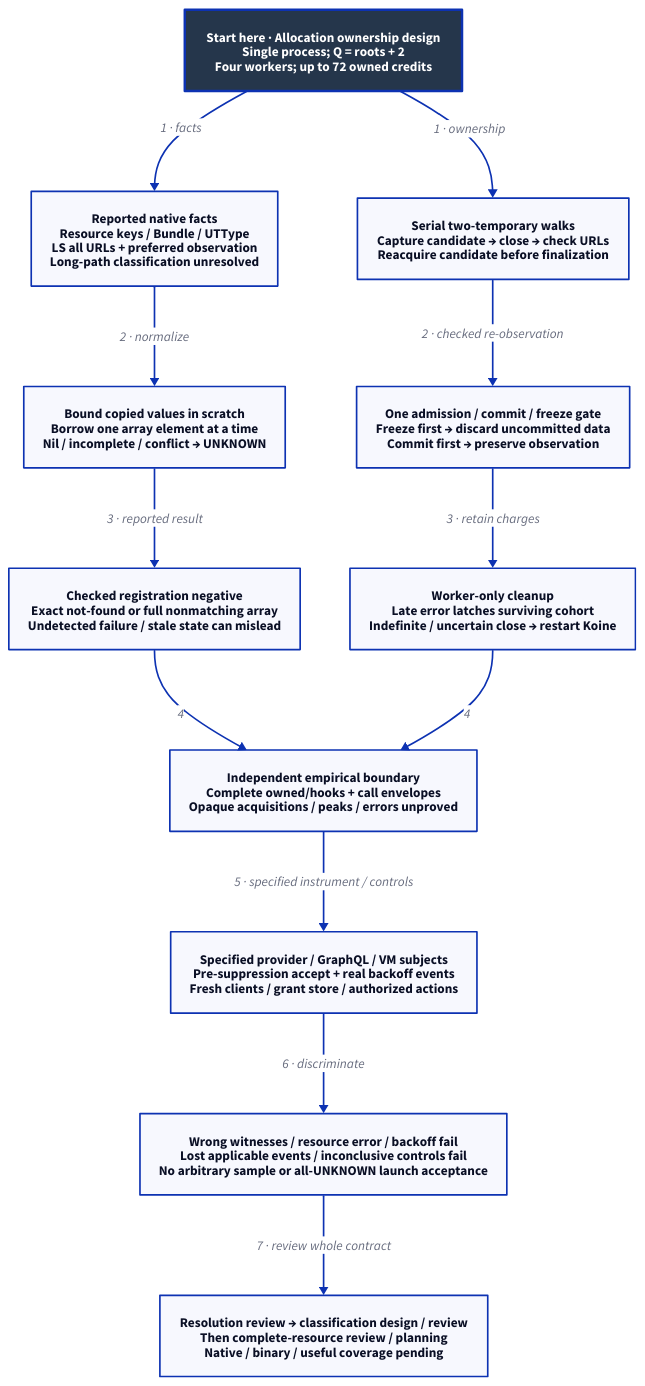
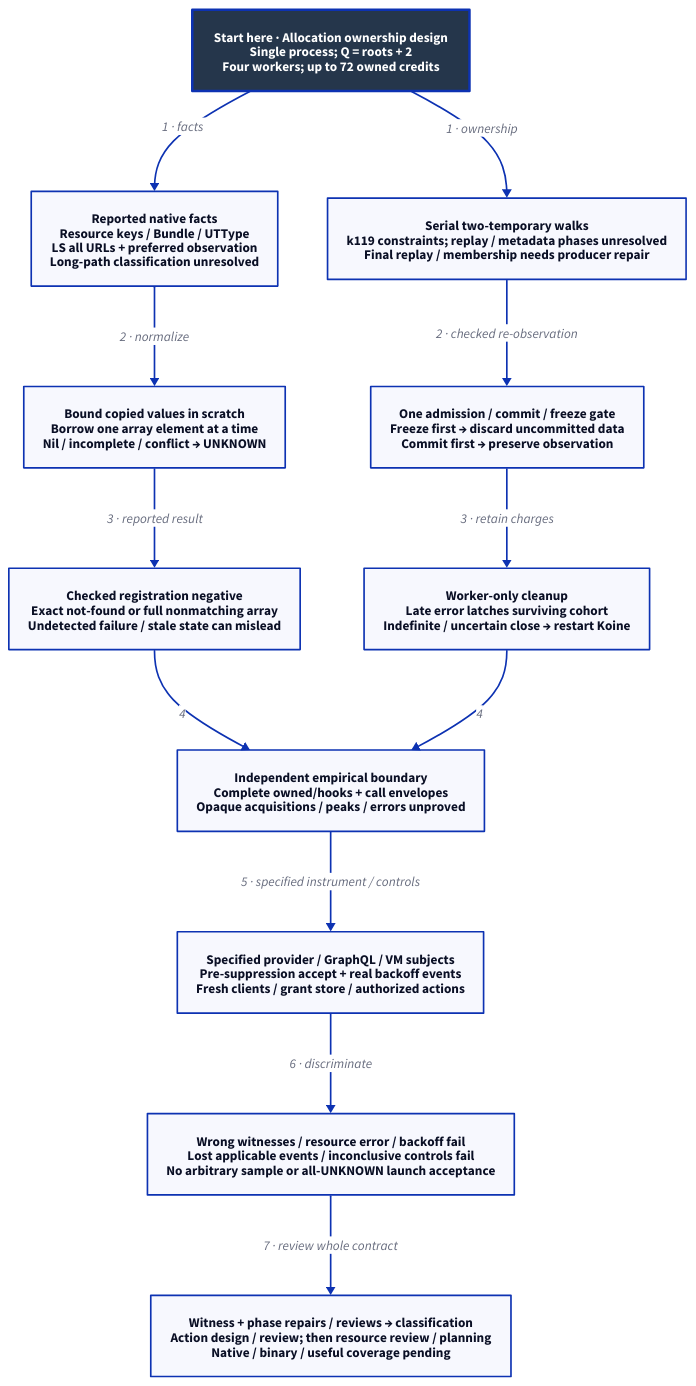
The diagram in docs/design/architecture/search-resources.d2 (Linkuistics/Koine), drawn with D2 before and after one commit. The commit also changed 36 other files, not shown here.

Commit message:
search-path-resolution-k125: integrate review and route path prerequisites

```diff
--- a/docs/design/architecture/search-resources.d2
+++ b/docs/design/architecture/search-resources.d2
@@ -1,27 +1,27 @@
 # Allocation ownership/subject construction design; path integration pending; review, execution and native acceptance pending.
 direction: down
 classes: {
   start: {style: {fill: "#25364B"; font-color: "#FFFFFF"; bold: true; stroke-width: 3}}
 }
 Start: "Start here · Allocation ownership design\nSingle process; Q = roots + 2\nFour workers; up to 72 owned credits" {class: start}
 Facts: "Reported native facts\nResource keys / Bundle / UTType\nLS all URLs + preferred observation\nLong-path classification unresolved"
 Values: "Bound copied values in scratch\nBorrow one array element at a time\nNil / incomplete / conflict → UNKNOWN"
 Meaning: "Checked registration negative\nExact not-found or full nonmatching array\nUndetected failure / stale state can mislead"
-Ownership: "Serial two-temporary walks\nCapture candidate → close → check URLs\nReacquire candidate before finalization"
+Ownership: "Serial two-temporary walks\nk119 constraints; replay / metadata phases unresolved\nFinal replay / membership needs producer repair"
 Gate: "One admission / commit / freeze gate\nFreeze first → discard uncommitted data\nCommit first → preserve observation"
 Recovery: "Worker-only cleanup\nLate error latches surviving cohort\nIndefinite / uncertain close → restart Koine"
 Evidence: "Independent empirical boundary\nComplete owned/hooks + call envelopes\nOpaque acquisitions / peaks / errors unproved"
 Subjects: "Specified provider / GraphQL / VM subjects\nPre-suppression accept + real backoff events\nFresh clients / grant store / authorized actions"
 Failures: "Wrong witnesses / resource error / backoff fail\nLost applicable events / inconclusive controls fail\nNo arbitrary sample or all-UNKNOWN launch acceptance"
-Review: "Resolution review → classification design / review\nThen complete-resource review / planning\nNative / binary / useful coverage pending"
+Review: "Witness + phase repairs / reviews → classification\nAction design / review; then resource review / planning\nNative / binary / useful coverage pending"
 Start -> Facts: "1 · facts"
 Start -> Ownership: "1 · ownership"
 Facts -> Values: "2 · normalize"
 Values -> Meaning: "3 · reported result"
 Ownership -> Gate: "2 · checked re-observation"
 Gate -> Recovery: "3 · retain charges"
 Meaning -> Evidence: "4"
 Recovery -> Evidence: "4"
 Evidence -> Subjects: "5 · specified instrument / controls"
 Subjects -> Failures: "6 · discriminate"
 Failures -> Review: "7 · review whole contract"
```
